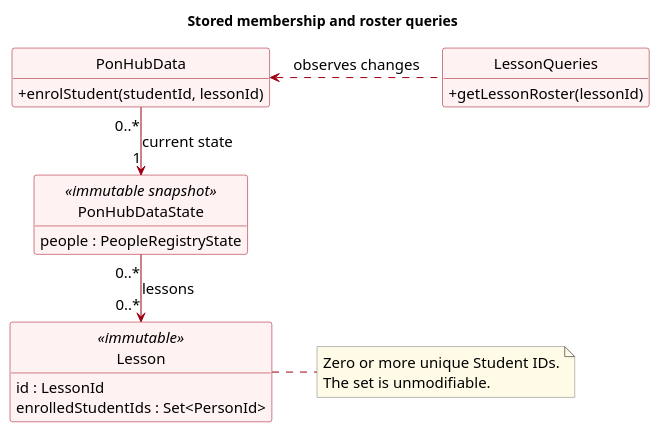
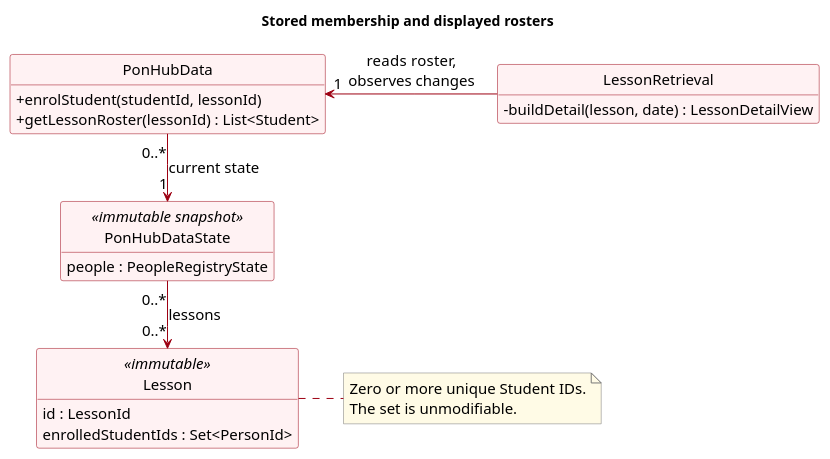
Before and after one commit to AY2627S1-CS2103T-F13-3/tp: the diagram in docs/diagrams/StudentEnrolmentClassDiagram.puml, drawn with PlantUML. The commit also changed 4 other files, not shown here.

```diff
--- a/docs/diagrams/StudentEnrolmentClassDiagram.puml
+++ b/docs/diagrams/StudentEnrolmentClassDiagram.puml
@@ -1,43 +1,44 @@
 @startuml
 ' Draft by Vincent Lin with OpenAI Codex assistance.
 ' Self-contained source; render with PlantUML 1.2025.3.
 skinparam defaultFontName Arial
 skinparam defaultFontSize 15
 skinparam shadowing false
 skinparam style strictuml
 skinparam classAttributeIconSize 0
 skinparam classBackgroundColor #FFF2F3
 skinparam classBorderColor #9D0012
 skinparam classArrowColor #9D0012
 skinparam noteBackgroundColor #FFFBE6
 skinparam noteBorderColor #777777
 skinparam nodesep 45
 skinparam ranksep 45
 hide circle
 hide empty members
 
-title Stored membership and roster queries
+title Stored membership and displayed rosters
 class PonHubData {
   + enrolStudent(studentId, lessonId)
+  + getLessonRoster(lessonId) : List<Student>
 }
 class PonHubDataState <<immutable snapshot>> {
   people : PeopleRegistryState
 }
 class Lesson <<immutable>> {
   id : LessonId
   enrolledStudentIds : Set<PersonId>
 }
-class LessonQueries {
-  + getLessonRoster(lessonId)
+class LessonRetrieval {
+  - buildDetail(lesson, date) : LessonDetailView
 }
 
 PonHubData "0..*" -down-> "1" PonHubDataState : current state
 PonHubDataState "0..*" -down-> "0..*" Lesson : lessons
-LessonQueries .left.> PonHubData : observes changes
+LessonRetrieval -left-> "1" PonHubData : reads roster,\nobserves changes
 
 note as RosterRule
   Zero or more unique Student IDs.
   The set is unmodifiable.
 end note
 Lesson .right. RosterRule
 @enduml
```
